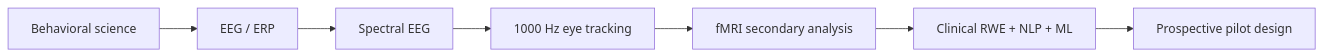
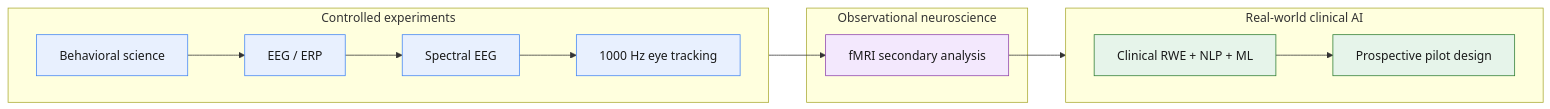
The diagram in README.md (jupshaw/joshua-upshaw-research-development-portfolio), drawn with Mermaid before and after one commit. The commit also changed other lines of this file, not shown here.

````diff
--- a/README.md
+++ b/README.md
@@ -30,9 +54,22 @@
 ```mermaid
 flowchart LR
-    A[Behavioral science] --> B[EEG / ERP]
-    B --> C[Spectral EEG]
-    C --> D[1000 Hz eye tracking]
-    D --> E[fMRI secondary analysis]
-    E --> F[Clinical RWE + NLP + ML]
-    F --> G[Prospective pilot design]
+    subgraph EXP["Controlled experiments"]
+        direction LR
+        A[Behavioral science] --> B[EEG / ERP] --> C[Spectral EEG] --> D[1000 Hz eye tracking]
+    end
+    subgraph OBS["Observational neuroscience"]
+        E[fMRI secondary analysis]
+    end
+    subgraph CLIN["Real-world clinical AI"]
+        direction LR
+        F[Clinical RWE + NLP + ML] --> G[Prospective pilot design]
+    end
+    D --> E --> F
+
+    classDef exp fill:#E8F0FE,stroke:#4285F4,color:#1A1A1A;
+    classDef obs fill:#F3E8FD,stroke:#8E44AD,color:#1A1A1A;
+    classDef clin fill:#E6F4EA,stroke:#2E7D32,color:#1A1A1A;
+    class A,B,C,D exp;
+    class E obs;
+    class F,G clin;
 ```
````
